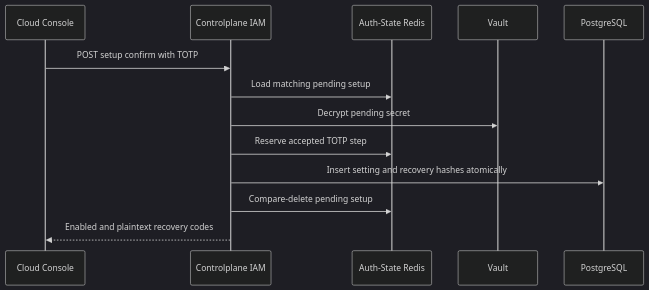
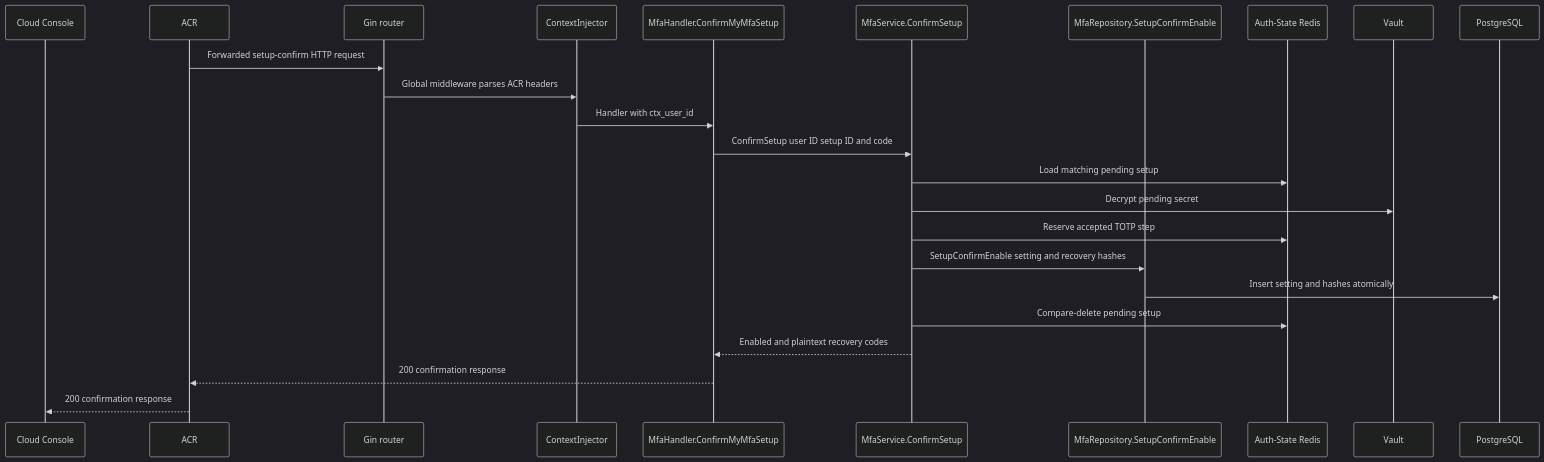
One commit to phucle996/aurora changed the fourth of 4 diagrams in god_view/iam/user_mfa_enrollment_god_view_workflow.md. Above: the diagram before and after it, drawn with Mermaid (dark theme). The commit also changed other lines of this file and 165 other files, not shown here.

````diff
--- a/god_view/iam/user_mfa_enrollment_god_view_workflow.md
+++ b/god_view/iam/user_mfa_enrollment_god_view_workflow.md
@@ -78,16 +202,27 @@
 ```mermaid
 sequenceDiagram
     participant UI as Cloud Console
-    participant IAM as Controlplane IAM
+    participant A as ACR
+    participant Rtr as Gin router
+    participant M as ContextInjector
+    participant H as MfaHandler.ConfirmMyMfaSetup
+    participant S as MfaService.ConfirmSetup
+    participant Repo as MfaRepository.SetupConfirmEnable
     participant R as Auth-State Redis
     participant V as Vault
     participant DB as PostgreSQL
 
-    UI->>IAM: POST setup confirm with TOTP
-    IAM->>R: Load matching pending setup
-    IAM->>V: Decrypt pending secret
-    IAM->>R: Reserve accepted TOTP step
-    IAM->>DB: Insert setting and recovery hashes atomically
-    IAM->>R: Compare-delete pending setup
-    IAM-->>UI: Enabled and plaintext recovery codes
+    A->>Rtr: Forwarded setup-confirm HTTP request
+    Rtr->>M: Global middleware parses ACR headers
+    M->>H: Handler with ctx_user_id
+    H->>S: ConfirmSetup user ID setup ID and code
+    S->>R: Load matching pending setup
+    S->>V: Decrypt pending secret
+    S->>R: Reserve accepted TOTP step
+    S->>Repo: SetupConfirmEnable setting and recovery hashes
+    Repo->>DB: Insert setting and hashes atomically
+    S->>R: Compare-delete pending setup
+    S-->>H: Enabled and plaintext recovery codes
+    H-->>A: 200 confirmation response
+    A-->>UI: 200 confirmation response
 ```
````
